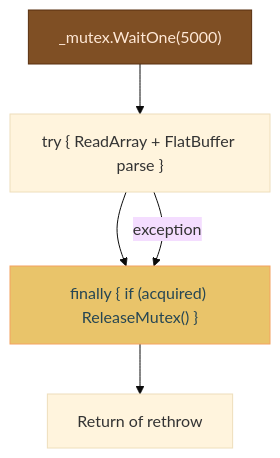
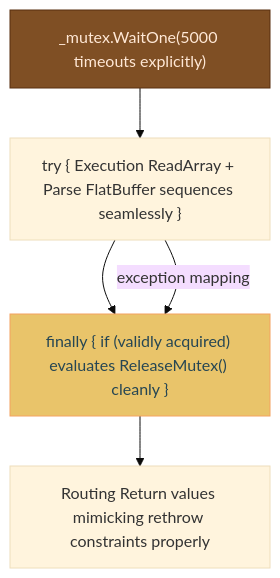
Diagram 19 of 23 in SharedValueV3_MemMap/ARCHITECTURE.md (snodeplannen/sharedvar), drawn with Mermaid (base theme) before and after one commit. The commit also changed other lines of this file and 90 other files, not shown here.

````diff
--- a/SharedValueV3_MemMap/ARCHITECTURE.md
+++ b/SharedValueV3_MemMap/ARCHITECTURE.md
@@ -648,10 +647,10 @@
 ```mermaid
 flowchart TD
-    ACQ2["_mutex.WaitOne(5000)"] --> TRY2["try { ReadArray + FlatBuffer parse }"]
-    TRY2 --> FINALLY["finally { if (acquired) ReleaseMutex() }"]
-    TRY2 -->|"exception"| FINALLY
-    FINALLY --> RETURN["Return of rethrow"]
+    ACQ2["_mutex.WaitOne(5000 timeouts explicitly)"] --> TRY2["try { Execution ReadArray + Parse FlatBuffer sequences seamlessly }"]
+    TRY2 --> FINALLY["finally { if (validly acquired) evaluates ReleaseMutex() cleanly }"]
+    TRY2 -->|"exception mapping"| FINALLY
+    FINALLY --> RETURN["Routing Return values mimicking rethrow constraints properly"]
 
     style ACQ2 fill:#7f4f24,stroke:#582f0e,color:#ffe8d6
     style FINALLY fill:#e9c46a,stroke:#f4a261,color:#264653
 ```
````
